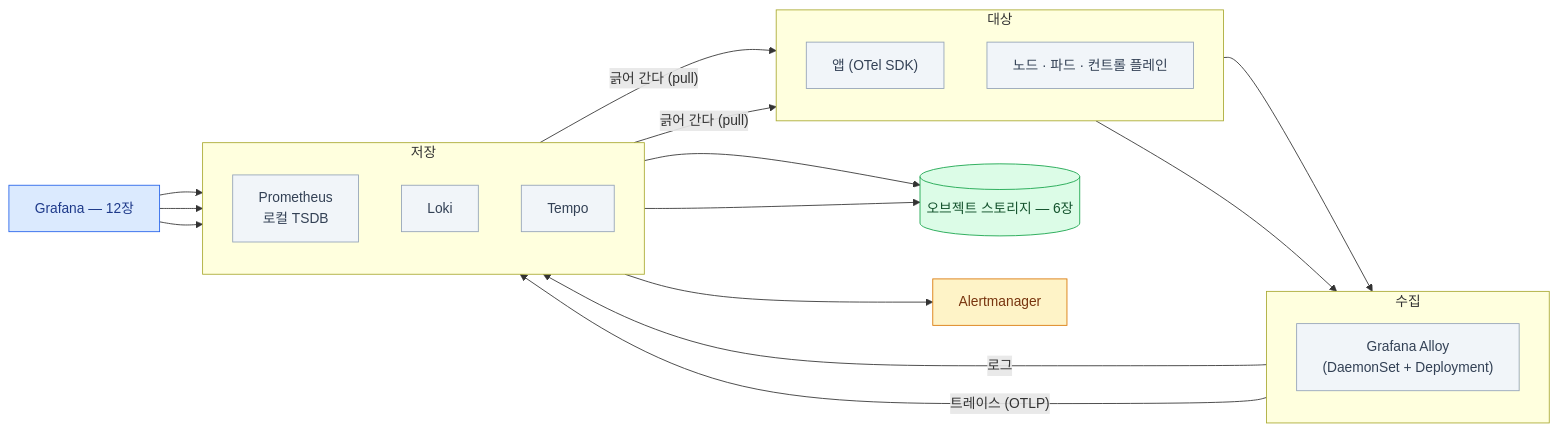
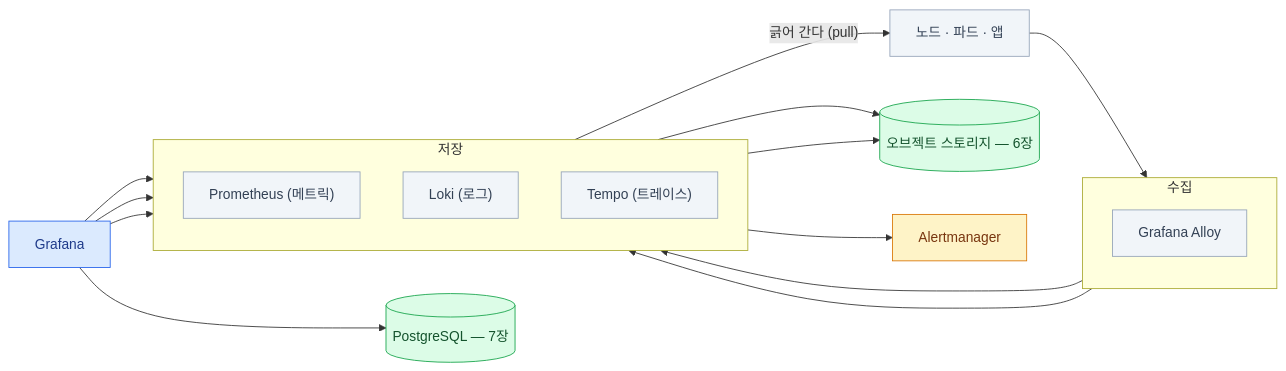
The diagram in src/content/docs/onprem/08-observability.mdx (mechurak/study-starlight), drawn with Mermaid before and after one commit. The commit also changed other lines of this file and 28 other files, not shown here.

````diff
--- a/src/content/docs/onprem/08-observability.mdx
+++ b/src/content/docs/onprem/08-observability.mdx
@@ -73,43 +56,33 @@
 ```mermaid
 flowchart LR
-    subgraph src["대상"]
-        direction TB
-        APP["앱 (OTel SDK)"]
-        K8S["노드 · 파드 · 컨트롤 플레인"]
-    end
     subgraph col["수집"]
         direction TB
-        ALLOY["Grafana Alloy<br/>(DaemonSet + Deployment)"]
+        ALLOY["Grafana Alloy"]
     end
     subgraph store["저장"]
         direction TB
-        PROM["Prometheus<br/>로컬 TSDB"]
-        LOKI["Loki"]
-        TEMPO["Tempo"]
+        PROM["Prometheus (메트릭)"]
+        LOKI["Loki (로그)"]
+        TEMPO["Tempo (트레이스)"]
     end
-    S3[("오브젝트 스토리지 — 6장")]
-    GRAF["Grafana — 12장"]
-    AM["Alertmanager"]
-
-    APP --> ALLOY
-    K8S --> ALLOY
-    ALLOY -->|"로그"| LOKI
-    ALLOY -->|"트레이스 (OTLP)"| TEMPO
+    K8S["노드 · 파드 · 앱"] --> ALLOY
+    ALLOY --> LOKI
+    ALLOY --> TEMPO
     PROM -->|"긁어 간다 (pull)"| K8S
-    PROM -->|"긁어 간다 (pull)"| APP
-    LOKI --> S3
+    LOKI --> S3[("오브젝트 스토리지 — 6장")]
     TEMPO --> S3
-    PROM --> AM
-    GRAF --> PROM
+    PROM --> AM["Alertmanager"]
+    GRAF["Grafana"] --> PROM
     GRAF --> LOKI
     GRAF --> TEMPO
+    GRAF --> PG[("PostgreSQL — 7장")]
 
     classDef key  fill:#dbeafe,stroke:#2563eb,color:#1e3a8a
     classDef ok   fill:#dcfce7,stroke:#16a34a,color:#14532d
     classDef warn fill:#fef3c7,stroke:#d97706,color:#78350f
     classDef mute fill:#f1f5f9,stroke:#94a3b8,color:#334155
-    class S3 ok
+    class S3,PG ok
     class GRAF key
     class AM warn
-    class APP,K8S,ALLOY,PROM,LOKI,TEMPO mute
+    class K8S,ALLOY,PROM,LOKI,TEMPO mute
 ```
````
